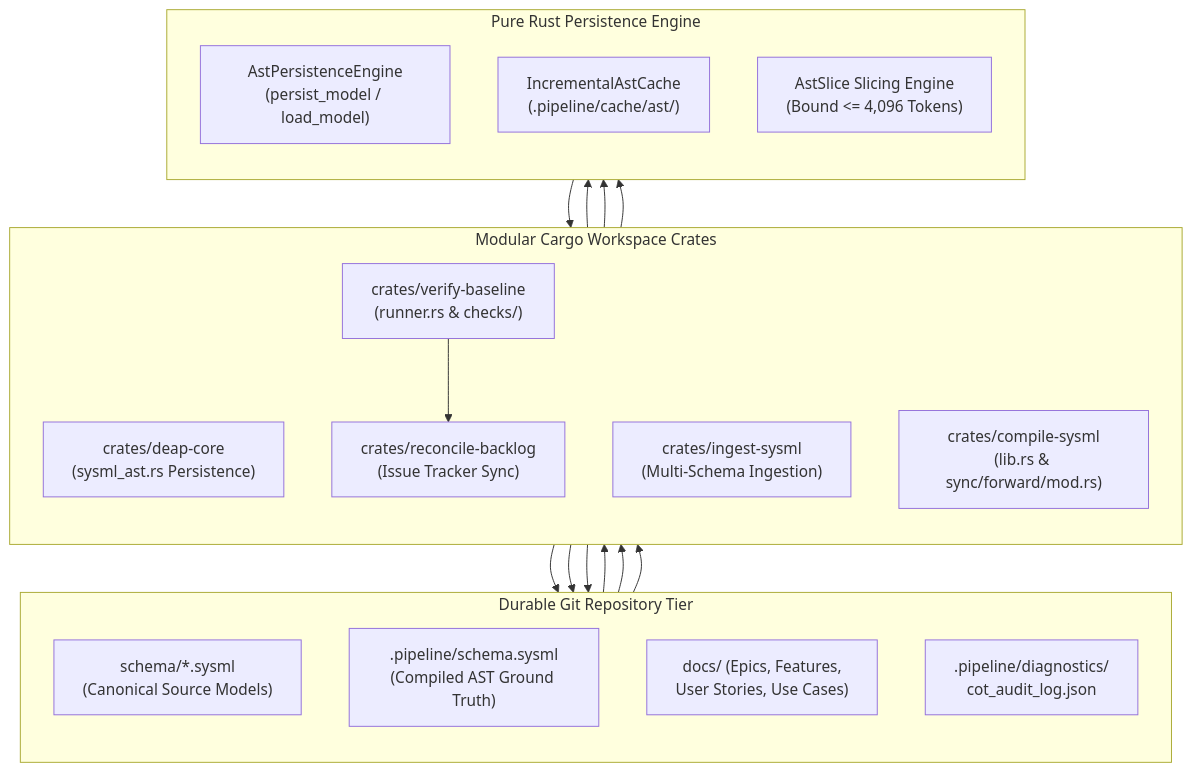
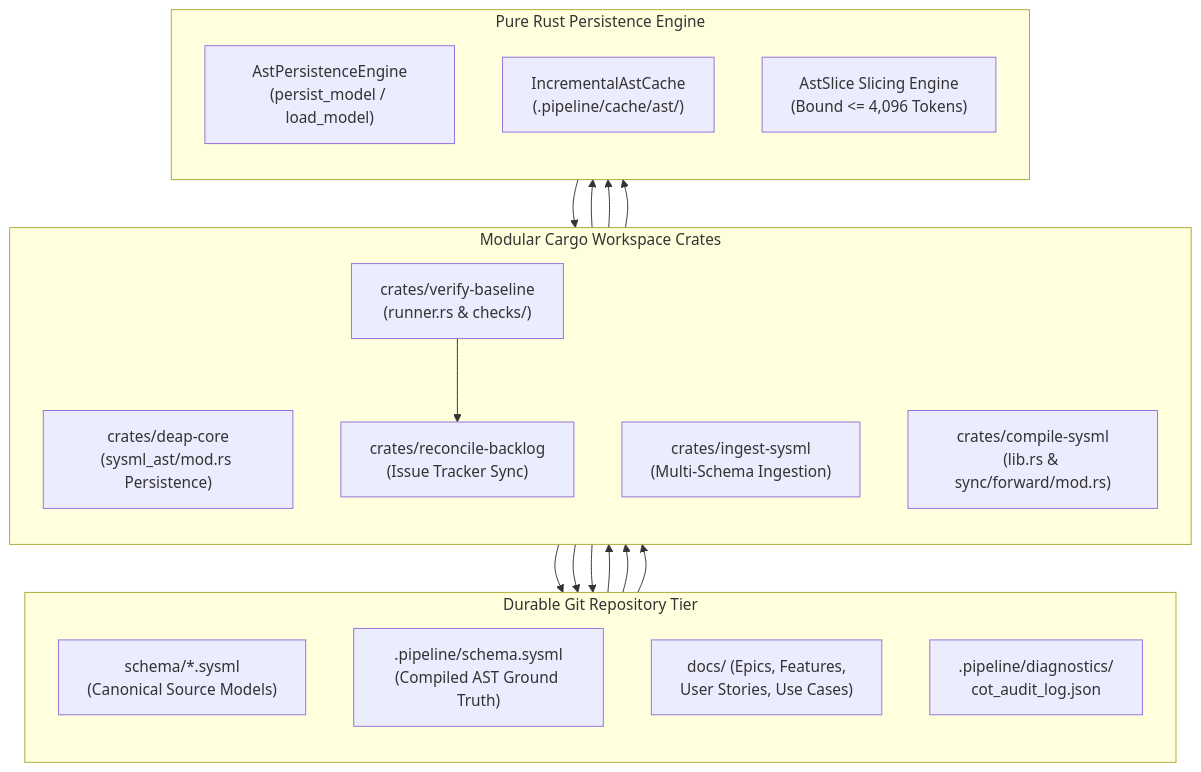
The first of 2 diagrams in docs/architecture/blueprints/PERSISTENCE_ARCHITECTURE.md (gintatkinson/DEAP01-spec-core), drawn with Mermaid before and after one commit. The commit also changed other lines of this file and 16 other files, not shown here.

Commit message:
refactor(deap-core): initialize sysml_ast module directory and extract identifiers

````diff
--- a/docs/architecture/blueprints/PERSISTENCE_ARCHITECTURE.md
+++ b/docs/architecture/blueprints/PERSISTENCE_ARCHITECTURE.md
@@ -41,38 +41,38 @@
 ```mermaid
 flowchart TD
     subgraph RepoLayer ["Durable Git Repository Tier"]
         direction TB
         SysMLSource["schema/*.sysml<br/>(Canonical Source Models)"]
         CompiledAST[".pipeline/schema.sysml<br/>(Compiled AST Ground Truth)"]
         SpecsDocs["docs/ (Epics, Features,<br/>User Stories, Use Cases)"]
         Diagnostics[".pipeline/diagnostics/<br/>cot_audit_log.json"]
     end
 
     subgraph RustWorkspace ["Modular Cargo Workspace Crates"]
         direction TB
-        CoreCrate["crates/deap-core<br/>(sysml_ast.rs Persistence)"]
+        CoreCrate["crates/deap-core<br/>(sysml_ast/mod.rs Persistence)"]
         IngestCrate["crates/ingest-sysml<br/>(Multi-Schema Ingestion)"]
         CompileCrate["crates/compile-sysml<br/>(lib.rs & sync/forward/mod.rs)"]
         VerifyCrate["crates/verify-baseline<br/>(runner.rs & checks/)"]
         ReconcileCrate["crates/reconcile-backlog<br/>(Issue Tracker Sync)"]
     end
 
     subgraph StorageEngine ["Pure Rust Persistence Engine"]
         direction TB
         PersistEngine["AstPersistenceEngine<br/>(persist_model / load_model)"]
         AstCache["IncrementalAstCache<br/>(.pipeline/cache/ast/)"]
         ASTSlicer["AstSlice Slicing Engine<br/>(Bound <= 4,096 Tokens)"]
     end
 
     SysMLSource --> IngestCrate
     IngestCrate --> CompiledAST
     CompiledAST --> CoreCrate
     CoreCrate --> PersistEngine
     CoreCrate --> AstCache
     CoreCrate --> ASTSlicer
     ASTSlicer --> CompileCrate
     CompileCrate --> SpecsDocs
     CoreCrate --> Diagnostics
     SpecsDocs --> VerifyCrate
     VerifyCrate --> ReconcileCrate
 ```
````
